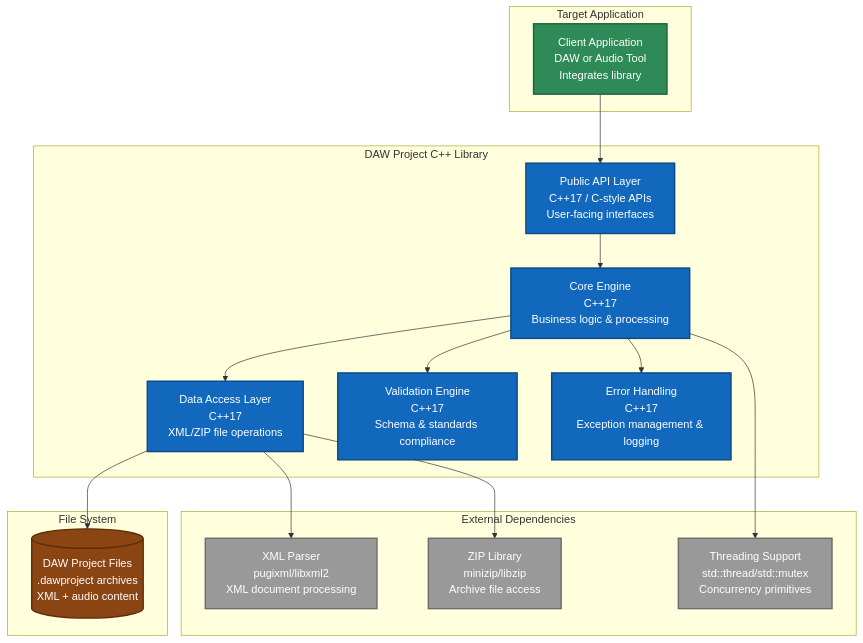
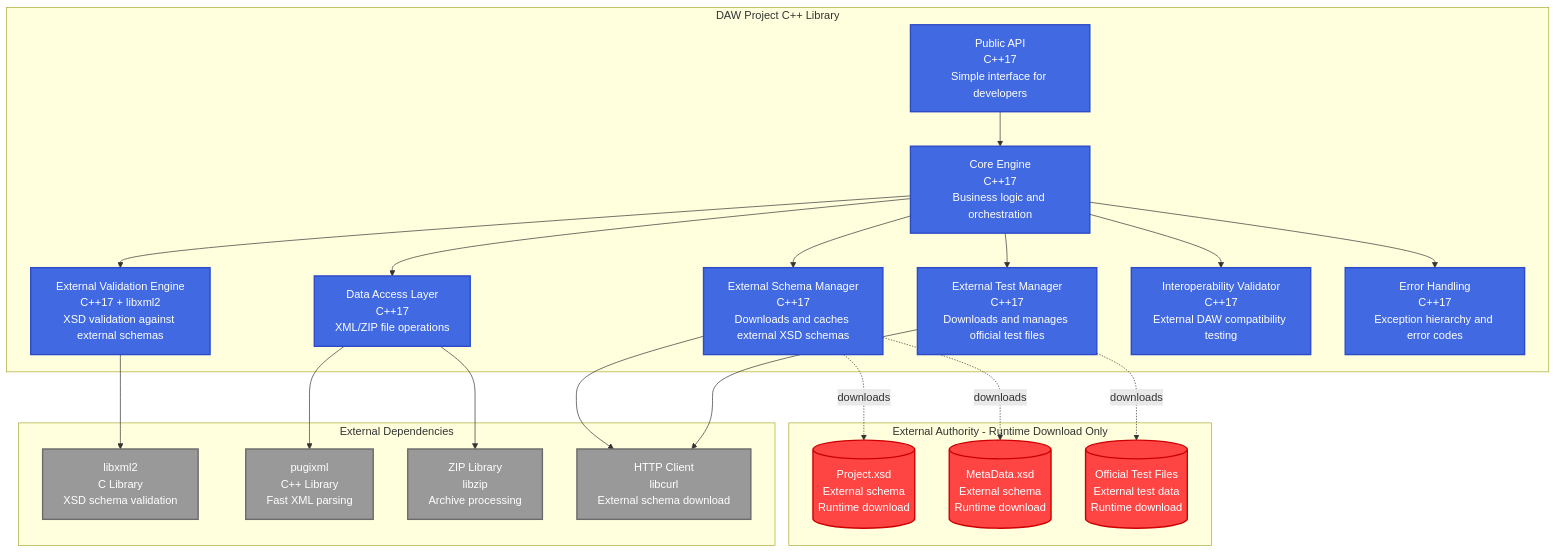
Before and after one commit to zarfld/dawproject_c: the second of 17 diagrams in 03-architecture/architecture-specification.md, drawn with Mermaid. The commit also changed other lines of this file and 15 other files, not shown here.

First line of the commit message:
Implement ErrorInfo Factory Methods and Result<T> Tests

````diff
--- a/03-architecture/architecture-specification.md
+++ b/03-architecture/architecture-specification.md
@@ -139,44 +148,52 @@
 ```mermaid
 graph TB
     subgraph "DAW Project C++ Library"
-        PublicAPI[Public API Layer<br/>C++17 / C-style APIs<br/>User-facing interfaces]
-        CoreEngine[Core Engine<br/>C++17<br/>Business logic & processing]
+        PublicAPI[Public API<br/>C++17<br/>Simple interface for developers]
+        CoreEngine[Core Engine<br/>C++17<br/>Business logic and orchestration]
+        ExternalSchemaManager[External Schema Manager<br/>C++17<br/>Downloads and caches external XSD schemas]
+        ExternalValidationEngine[External Validation Engine<br/>C++17 + libxml2<br/>XSD validation against external schemas]
+        ExternalTestManager[External Test Manager<br/>C++17<br/>Downloads and manages official test files]
         DataAccess[Data Access Layer<br/>C++17<br/>XML/ZIP file operations]
-        ValidationEngine[Validation Engine<br/>C++17<br/>Schema & standards compliance]
-        ErrorHandling[Error Handling<br/>C++17<br/>Exception management & logging]
+        InteroperabilityValidator[Interoperability Validator<br/>C++17<br/>External DAW compatibility testing]
+        ErrorHandling[Error Handling<br/>C++17<br/>Exception hierarchy and error codes]
     end
     
     subgraph "External Dependencies"
-        XMLParser[XML Parser<br/>pugixml/libxml2<br/>XML document processing]
-        ZIPLibrary[ZIP Library<br/>minizip/libzip<br/>Archive file access]
-        ThreadingLib[Threading Support<br/>std::thread/std::mutex<br/>Concurrency primitives]
+        LibXML2[libxml2<br/>C Library<br/>XSD schema validation]
+        PugiXML[pugixml<br/>C++ Library<br/>Fast XML parsing]
+        ZIPLibrary[ZIP Library<br/>libzip<br/>Archive processing]
+        HTTPClient[HTTP Client<br/>libcurl<br/>External schema download]
     end
     
-    subgraph "Target Application"
-        AppCode[Client Application<br/>DAW or Audio Tool<br/>Integrates library]
+    subgraph "External Authority - Runtime Download Only"
+        ExternalProjectXSD[(Project.xsd<br/>External schema<br/>Runtime download)]
+        ExternalMetaDataXSD[(MetaData.xsd<br/>External schema<br/>Runtime download)]
+        ExternalOfficialTests[(Official Test Files<br/>External test data<br/>Runtime download)]
     end
     
-    subgraph "File System"
-        ProjectFiles[(DAW Project Files<br/>.dawproject archives<br/>XML + audio content)]
-    end
+    PublicAPI --> CoreEngine
+    CoreEngine --> ExternalSchemaManager
+    CoreEngine --> ExternalValidationEngine
+    CoreEngine --> ExternalTestManager
+    CoreEngine --> DataAccess
+    CoreEngine --> InteroperabilityValidator
+    CoreEngine --> ErrorHandling
     
-    AppCode --> PublicAPI
-    PublicAPI --> CoreEngine
-    CoreEngine --> DataAccess
-    CoreEngine --> ValidationEngine
-    CoreEngine --> ErrorHandling
-    DataAccess --> XMLParser
+    ExternalSchemaManager --> HTTPClient
+    ExternalValidationEngine --> LibXML2
+    ExternalTestManager --> HTTPClient
+    DataAccess --> PugiXML
     DataAccess --> ZIPLibrary
-    CoreEngine --> ThreadingLib
-    DataAccess --> ProjectFiles
     
-    classDef container fill:#1168bd,stroke:#0b4884,stroke-width:2px,color:#fff
+    ExternalSchemaManager -.->|downloads| ExternalProjectXSD
+    ExternalSchemaManager -.->|downloads| ExternalMetaDataXSD
+    ExternalTestManager -.->|downloads| ExternalOfficialTests
+    
+    classDef container fill:#4169E1,stroke:#2E4BC6,stroke-width:2px,color:#fff
     classDef external fill:#999999,stroke:#6b6b6b,stroke-width:2px,color:#fff
-    classDef application fill:#2E8B57,stroke:#1F5F3F,stroke-width:2px,color:#fff
-    classDef data fill:#8B4513,stroke:#5D2E09,stroke-width:2px,color:#fff
+    classDef authority fill:#ff4444,stroke:#cc0000,stroke-width:2px,color:#fff
     
-    class PublicAPI,CoreEngine,DataAccess,ValidationEngine,ErrorHandling container
-    class XMLParser,ZIPLibrary,ThreadingLib external
-    class AppCode application
-    class ProjectFiles data
+    class PublicAPI,CoreEngine,ExternalSchemaManager,ExternalValidationEngine,ExternalTestManager,DataAccess,InteroperabilityValidator,ErrorHandling container
+    class LibXML2,PugiXML,ZIPLibrary,HTTPClient external
+    class ExternalProjectXSD,ExternalMetaDataXSD,ExternalOfficialTests authority
 ```
````
